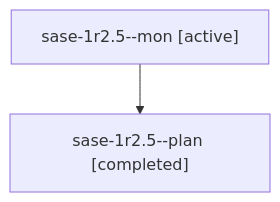
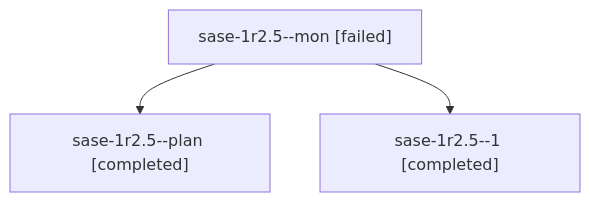
One commit to sase-org/sase--agents changed the diagram in sessions/bbugyi200.athena.sase-1r2.5.md. Above: the diagram before and after it, drawn with Mermaid. The commit also changed other lines of this file and 84 other files, not shown here.

````diff
--- a/sessions/bbugyi200.athena.sase-1r2.5.md
+++ b/sessions/bbugyi200.athena.sase-1r2.5.md
@@ -9,6 +9,8 @@
 ```mermaid
 flowchart TD
-  n0["sase-1r2.5--mon [active]"]
+  n0["sase-1r2.5--mon [failed]"]
   n1["sase-1r2.5--plan [completed]"]
   n0 --> n1
+  n2["sase-1r2.5--1 [completed]"]
+  n0 --> n2
 ```
````
